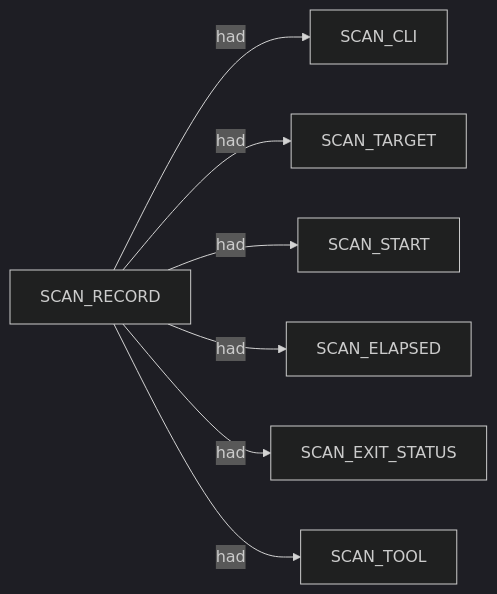
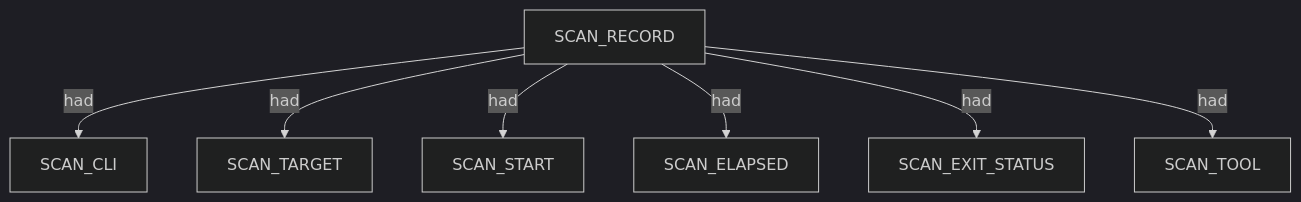
The first of 7 diagrams in .docs/docs-for-cli-tools/nugget_structure/nerva_tcp_closed_clean_miss_proposed_nuggets_edges_description.md (brettforbes/spiderfeet), drawn with Mermaid (dark theme) before and after one commit. The commit also changed other lines of this file and 67 other files, not shown here.

````diff
--- a/.docs/docs-for-cli-tools/nugget_structure/nerva_tcp_closed_clean_miss_proposed_nuggets_edges_description.md
+++ b/.docs/docs-for-cli-tools/nugget_structure/nerva_tcp_closed_clean_miss_proposed_nuggets_edges_description.md
@@ -21,9 +13,16 @@
 ```mermaid
-flowchart LR
-  SCAN_RECORD -->|had| SCAN_CLI
-  SCAN_RECORD -->|had| SCAN_TARGET
-  SCAN_RECORD -->|had| SCAN_START
-  SCAN_RECORD -->|had| SCAN_ELAPSED
-  SCAN_RECORD -->|had| SCAN_EXIT_STATUS
-  SCAN_RECORD -->|had| SCAN_TOOL
+flowchart TD
+  scan_record_1["SCAN_RECORD"]
+  scan_cli_2["SCAN_CLI"]
+  scan_record_1 -->|had| scan_cli_2
+  scan_target_3["SCAN_TARGET"]
+  scan_record_1 -->|had| scan_target_3
+  scan_start_4["SCAN_START"]
+  scan_record_1 -->|had| scan_start_4
+  scan_elapsed_5["SCAN_ELAPSED"]
+  scan_record_1 -->|had| scan_elapsed_5
+  scan_exit_status_6["SCAN_EXIT_STATUS"]
+  scan_record_1 -->|had| scan_exit_status_6
+  scan_tool_7["SCAN_TOOL"]
+  scan_record_1 -->|had| scan_tool_7
 ```
````
